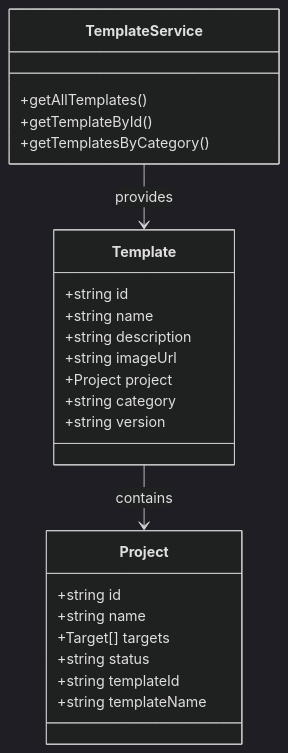
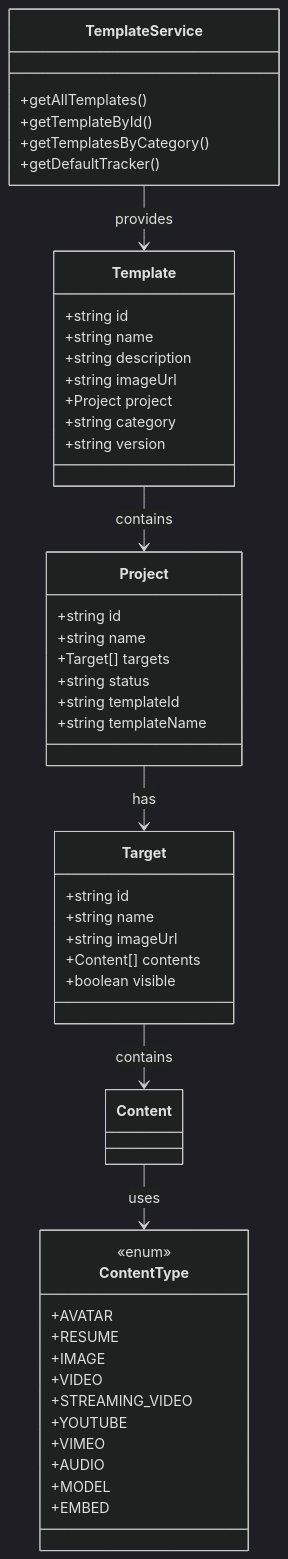
Before and after one commit to bnyawallow/papar-studio: the second of 2 diagrams in plans/template-system-implementation-plan.md, drawn with Mermaid (dark theme). The commit also changed other lines of this file and 18 other files, not shown here.

Commit message:
refactor: centralize defaultTracker and add TODO comments for unused types

````diff
--- a/plans/template-system-implementation-plan.md
+++ b/plans/template-system-implementation-plan.md
@@ -272,31 +510,57 @@
 ```mermaid
 classDiagram
     class Template {
         +string id
         +string name
         +string description
         +string imageUrl
         +Project project
         +string category
         +string version
     }
     
     class Project {
         +string id
         +string name
         +Target[] targets
         +string status
         +string templateId
         +string templateName
     }
     
+    class Target {
+        +string id
+        +string name
+        +string imageUrl
+        +Content[] contents
+        +boolean visible
+    }
+    
+    class ContentType {
+        <<enum>>
+        +AVATAR
+        +RESUME
+        +IMAGE
+        +VIDEO
+        +STREAMING_VIDEO
+        +YOUTUBE
+        +VIMEO
+        +AUDIO
+        +MODEL
+        +EMBED
+    }
+    
     Template --> Project : contains
+    Project --> Target : has
+    Target --> Content : contains
+    Content --> ContentType : uses
     
     class TemplateService {
         +getAllTemplates()
         +getTemplateById()
         +getTemplatesByCategory()
+        +getDefaultTracker()
     }
     
     TemplateService --> Template : provides
 ```
````
